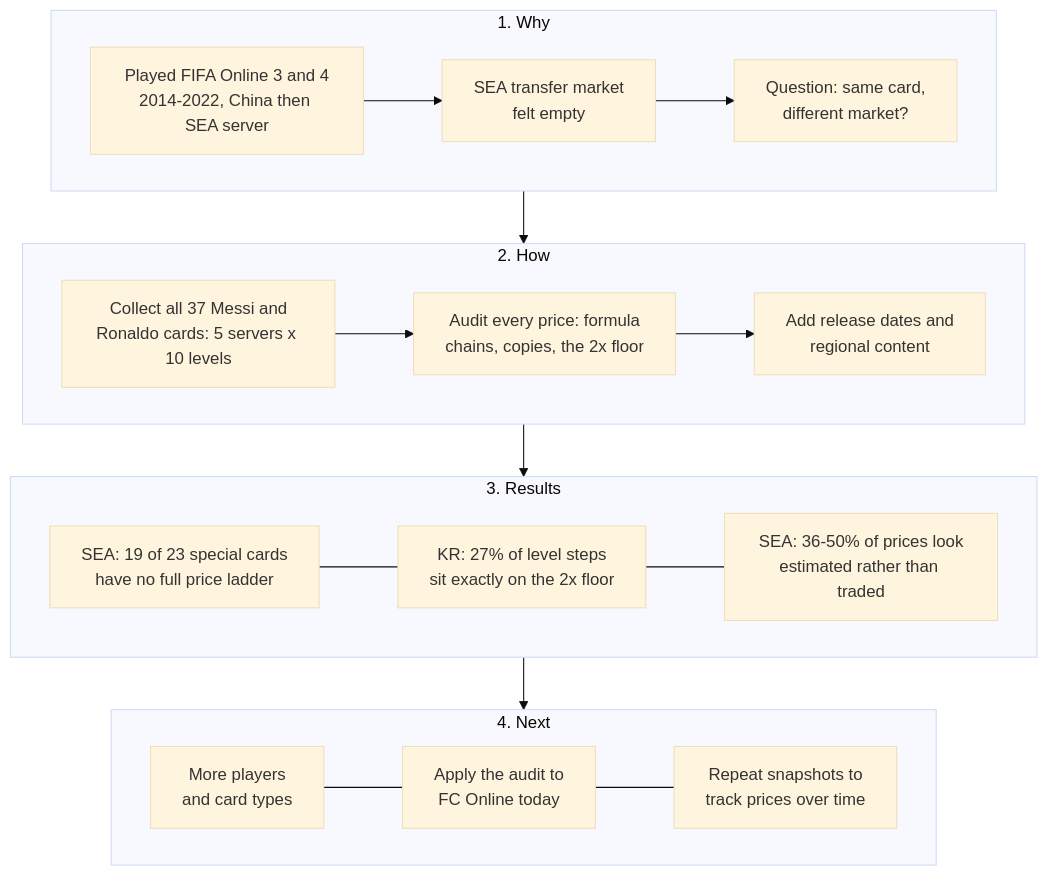
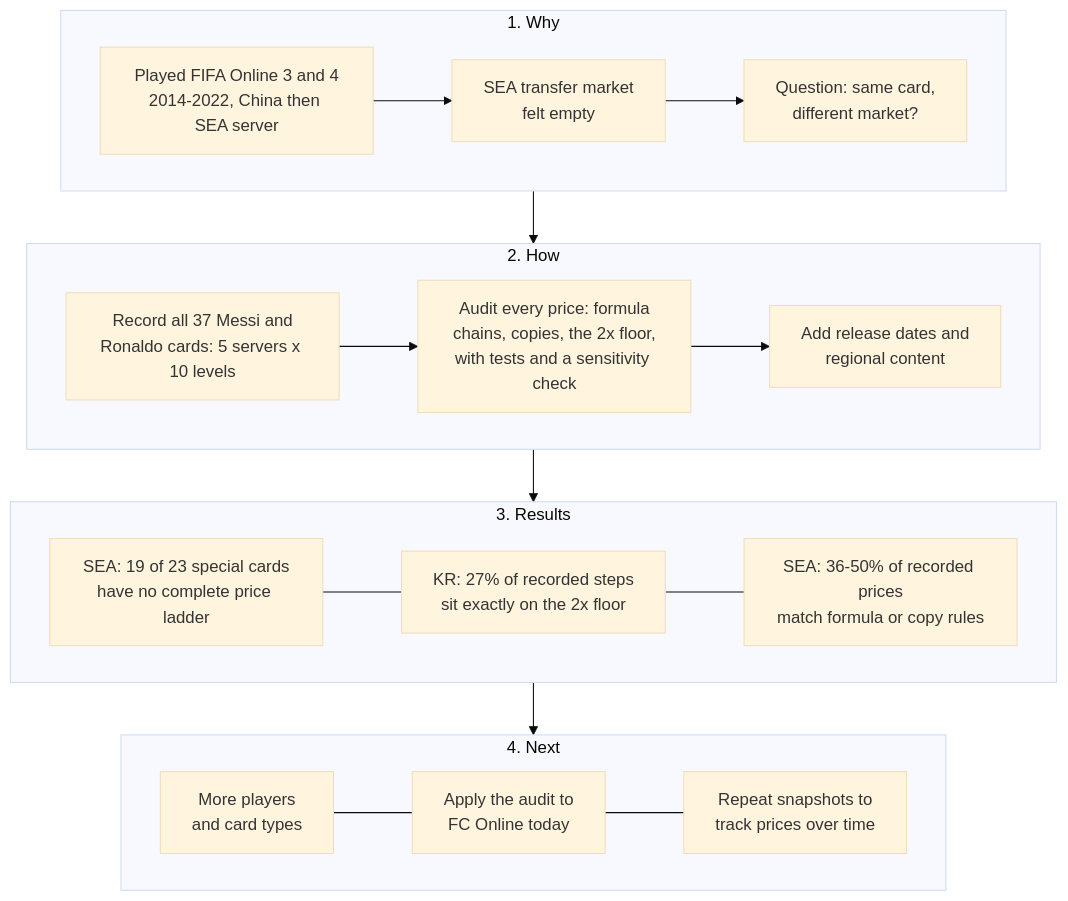
One commit to Shelikeit69/fo3-market-audit changed the diagram in README.md. Above: the diagram before and after it, drawn with Mermaid (base theme). The commit also changed other lines of this file and 11 other files, not shown here.

````diff
--- a/README.md
+++ b/README.md
@@ -39,20 +43,20 @@
 ```mermaid
 flowchart TB
   subgraph W["1. Why"]
     direction LR
     W1["Played FIFA Online 3 and 4<br/>2014-2022, China then SEA server"] --> W2["SEA transfer market<br/>felt empty"] --> W3["Question: same card,<br/>different market?"]
   end
   subgraph H["2. How"]
     direction LR
-    H1["Collect all 37 Messi and<br/>Ronaldo cards: 5 servers x 10 levels"] --> H2["Audit every price: formula<br/>chains, copies, the 2x floor"] --> H3["Add release dates and<br/>regional content"]
+    H1["Record all 37 Messi and<br/>Ronaldo cards: 5 servers x 10 levels"] --> H2["Audit every price: formula<br/>chains, copies, the 2x floor,<br/>with tests and a sensitivity check"] --> H3["Add release dates and<br/>regional content"]
   end
   subgraph R["3. Results"]
     direction LR
-    R1["SEA: 19 of 23 special cards<br/>have no full price ladder"] --- R2["KR: 27% of level steps<br/>sit exactly on the 2x floor"] --- R3["SEA: 36-50% of prices look<br/>estimated rather than traded"]
+    R1["SEA: 19 of 23 special cards<br/>have no complete price ladder"] --- R2["KR: 27% of recorded steps<br/>sit exactly on the 2x floor"] --- R3["SEA: 36-50% of recorded prices<br/>match formula or copy rules"]
   end
   subgraph N["4. Next"]
     direction LR
     N1["More players<br/>and card types"] --- N2["Apply the audit to<br/>FC Online today"] --- N3["Repeat snapshots to<br/>track prices over time"]
   end
   W --> H --> R --> N
 ```
````
